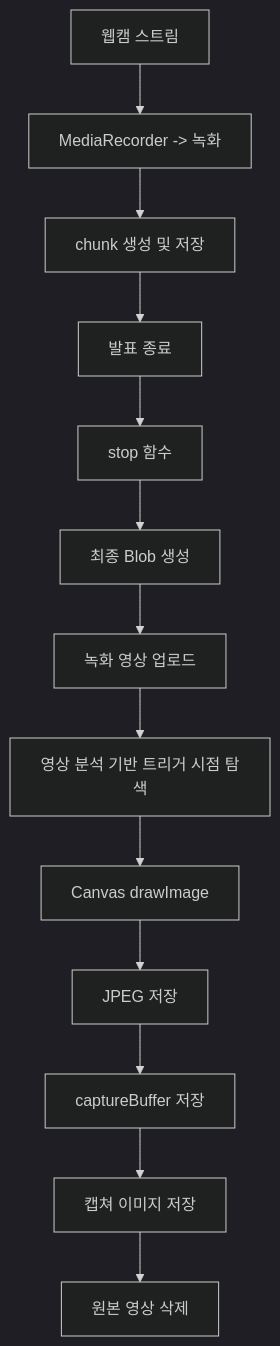
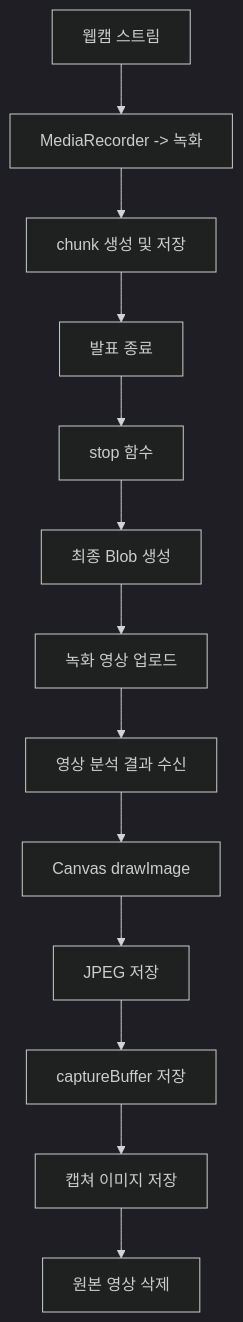
Before and after one commit to aikian/presentation: the first of 2 diagrams in DSD.md, drawn with Mermaid (dark theme). The commit also changed other lines of this file, not shown here.

````diff
--- a/DSD.md
+++ b/DSD.md
@@ -269,15 +269,15 @@
 ```mermaid
 flowchart TD
     A[웹캠 스트림] --> B[MediaRecorder -> 녹화]
     B --> C[chunk 생성 및 저장]
     C --> D[발표 종료]
     D --> E[stop 함수]
     E --> F[최종 Blob 생성]
     F --> G[녹화 영상 업로드]
-    G --> H[영상 분석 기반 트리거 시점 탐색]
+    G --> H[영상 분석 결과 수신]
     H --> I[Canvas drawImage]
     I --> J[JPEG 저장]
     J --> K[captureBuffer 저장]
     K --> L[캡쳐 이미지 저장]
     L --> M[원본 영상 삭제]
 ```
````
